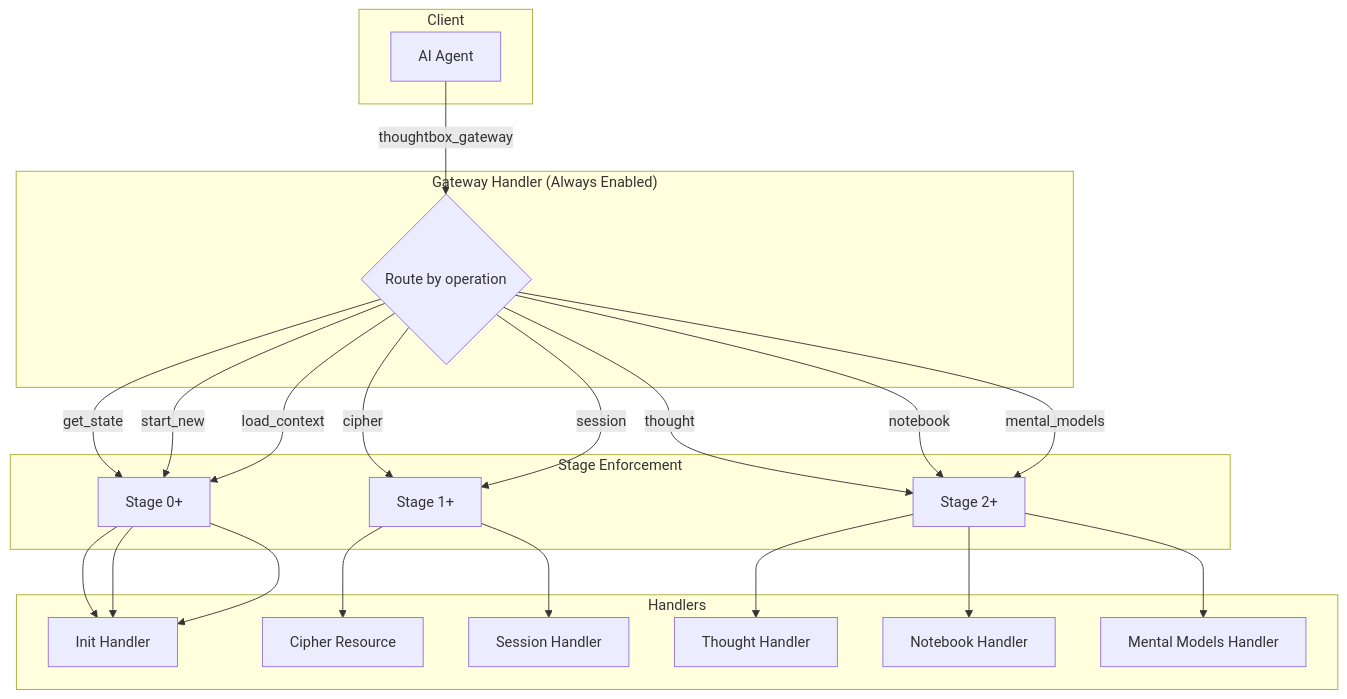
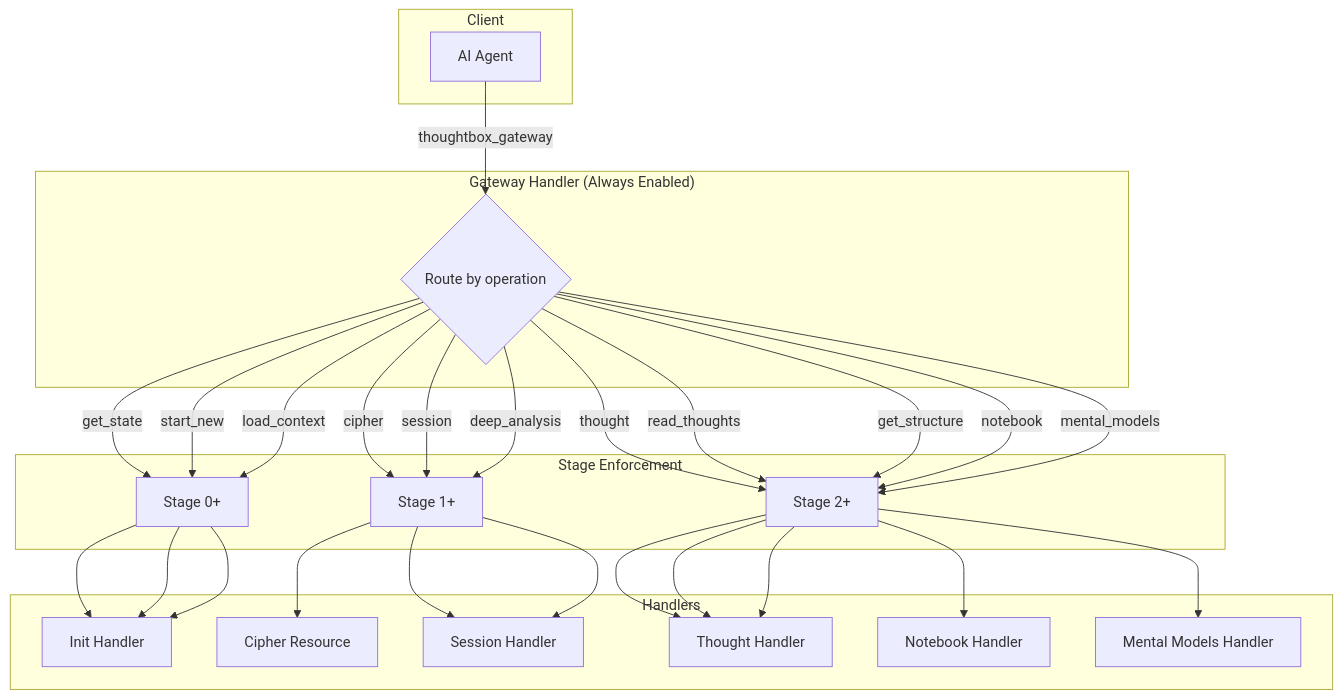
The first of 2 diagrams in docs/docs-for-llms/TOOL-INTERFACES.md (Kastalien-Research/thoughtbox), drawn with Mermaid before and after one commit. The commit also changed other lines of this file and 7 other files, not shown here.

````diff
--- a/docs/docs-for-llms/TOOL-INTERFACES.md
+++ b/docs/docs-for-llms/TOOL-INTERFACES.md
@@ -26,36 +29,39 @@
 ```mermaid
 flowchart TD
     subgraph Client
         Agent[AI Agent]
     end
 
     subgraph Gateway["Gateway Handler (Always Enabled)"]
         Route{Route by operation}
     end
 
     subgraph Handlers
         Init[Init Handler]
         Cipher[Cipher Resource]
         Thought[Thought Handler]
         Session[Session Handler]
         Notebook[Notebook Handler]
         Mental[Mental Models Handler]
     end
 
     subgraph StageCheck["Stage Enforcement"]
         S0[Stage 0+]
         S1[Stage 1+]
         S2[Stage 2+]
     end
 
     Agent -->|thoughtbox_gateway| Route
 
     Route -->|get_state| S0 --> Init
     Route -->|start_new| S0 --> Init
     Route -->|load_context| S0 --> Init
     Route -->|cipher| S1 --> Cipher
     Route -->|session| S1 --> Session
+    Route -->|deep_analysis| S1 --> Session
     Route -->|thought| S2 --> Thought
+    Route -->|read_thoughts| S2 --> Thought
+    Route -->|get_structure| S2 --> Thought
     Route -->|notebook| S2 --> Notebook
     Route -->|mental_models| S2 --> Mental
 ```
````
